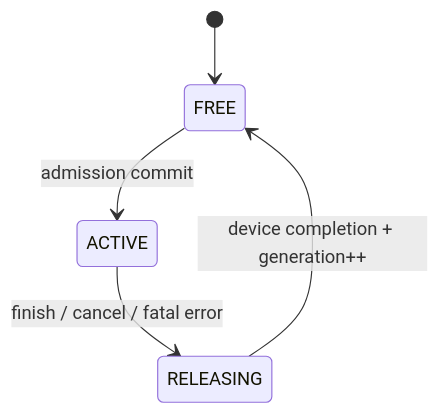
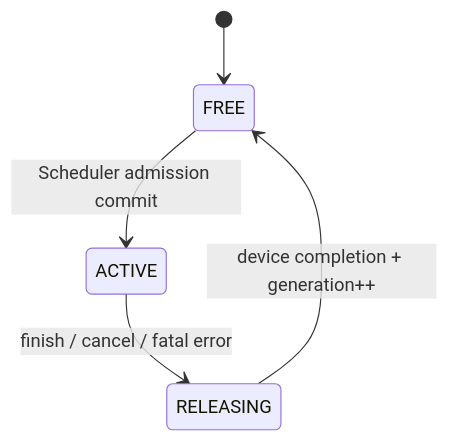
One commit to zhanghanleo10/gr-related changed the sixth of 13 diagrams in GR/beam_incremental_decode_unified_architecture_design.md. Above: the diagram before and after it, drawn with Mermaid. The commit also changed other lines of this file, not shown here.

Commit message:
docs: make Beam incremental decode architecture vLLM-first

````diff
--- a/GR/beam_incremental_decode_unified_architecture_design.md
+++ b/GR/beam_incremental_decode_unified_architecture_design.md
@@ -778,7 +512,7 @@
 ```mermaid
 stateDiagram-v2
     [*] --> FREE
-    FREE --> ACTIVE : admission commit
+    FREE --> ACTIVE : Scheduler admission commit
     ACTIVE --> RELEASING : finish / cancel / fatal error
     RELEASING --> FREE : device completion + generation++
 ```
````
